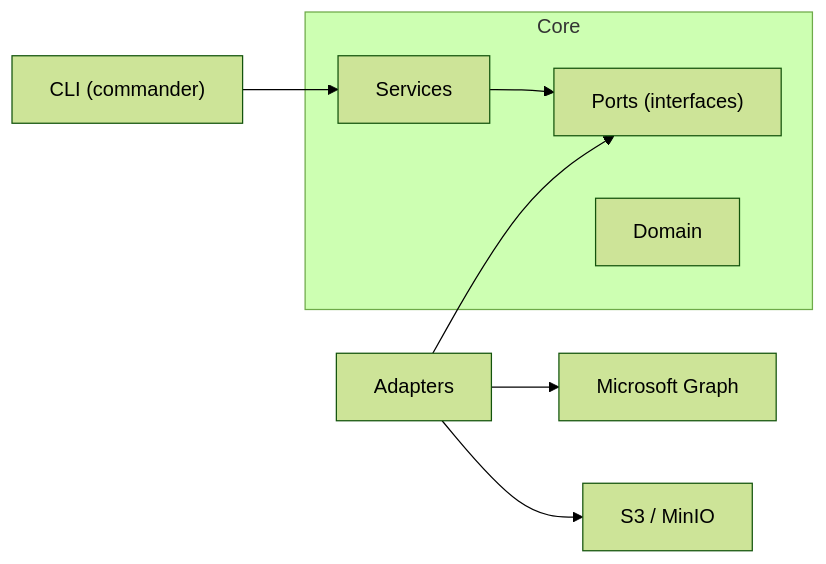
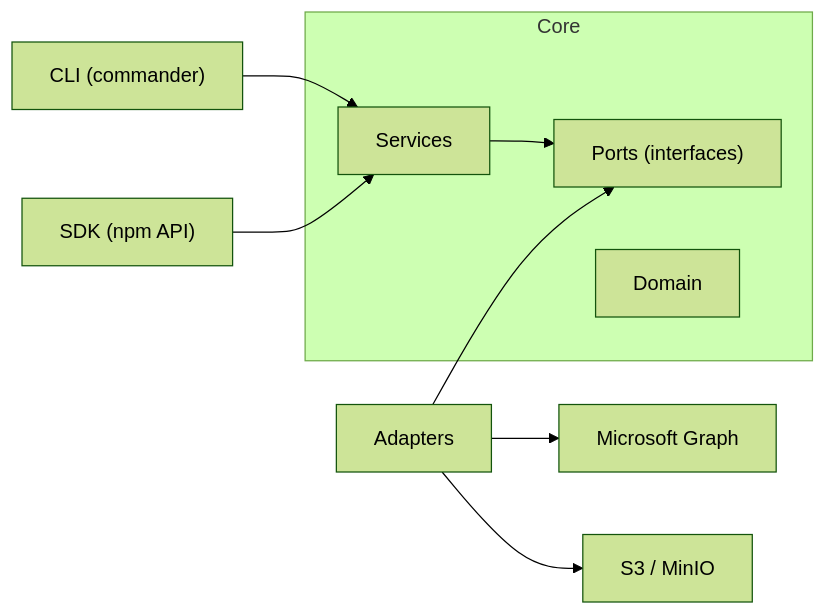
One commit to miikaok/atlas changed the diagram in README.md. Above: the diagram before and after it, drawn with Mermaid (forest theme). The commit also changed other lines of this file and 10 other files, not shown here.

````diff
--- a/README.md
+++ b/README.md
@@ -27,14 +27,15 @@
 ```mermaid
 graph LR
   CLI["CLI (commander)"] --> Services
+  SDK["SDK (npm API)"] --> Services
   Services --> Ports["Ports (interfaces)"]
   Adapters --> Ports
   Adapters --> GraphAPI["Microsoft Graph"]
   Adapters --> S3["S3 / MinIO"]
 
   subgraph core [Core]
     Services
     Ports
     Domain
   end
 ```
````
